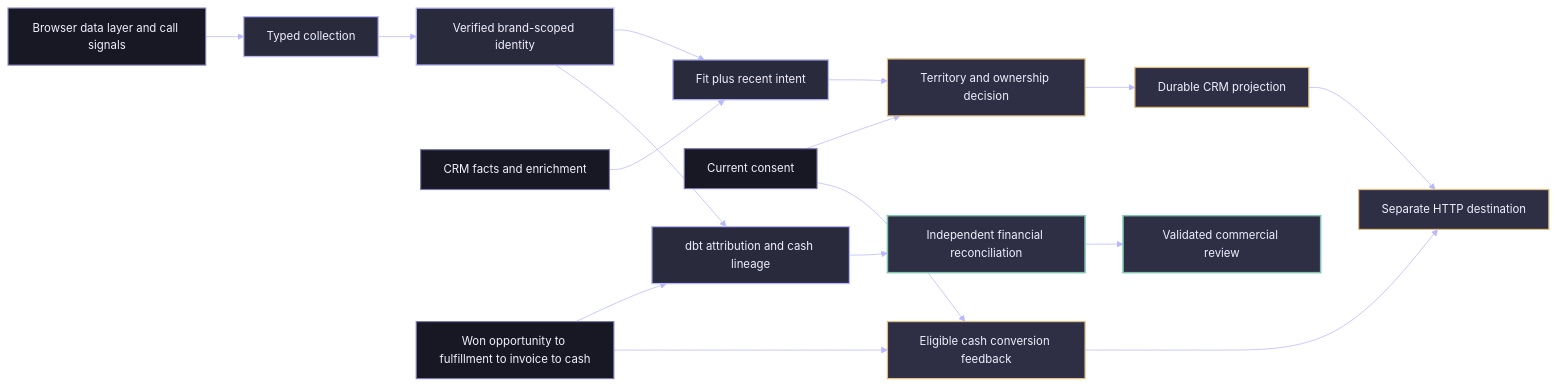
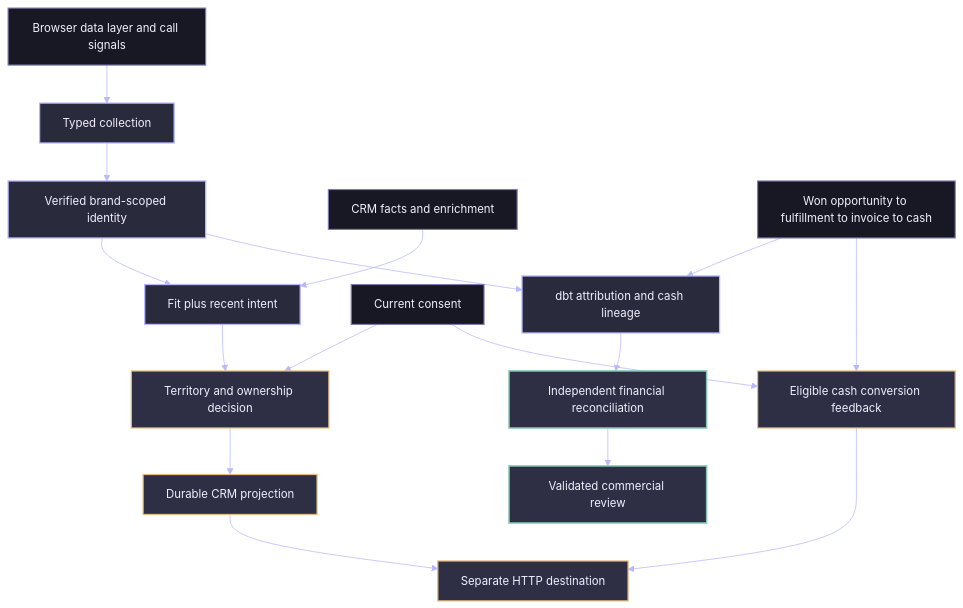
The diagram in README.md (rlbsem/customer-signal-activation), drawn with Mermaid before and after one commit.

Commit message:
Improve customer signal diagram scanability with vertical architecture flow

````diff
--- a/README.md
+++ b/README.md
@@ -23,28 +23,28 @@
 ```mermaid
 %%{init: {"theme":"base","themeVariables":{"background":"#10101D","primaryColor":"#2A2A3D","primaryTextColor":"#F0F0FF","primaryBorderColor":"#7C7CAF","lineColor":"#B8B8FF","textColor":"#F0F0FF","secondaryColor":"#181825","tertiaryColor":"#2E2E45","fontFamily":"IBM Plex Sans, Arial, sans-serif","fontSize":"15px","edgeLabelBackground":"#10101D"}}}%%
-flowchart LR
+flowchart TB
   W[Browser data layer and call signals] --> C[Typed collection]
   C --> I[Verified brand-scoped identity]
   E[CRM facts and enrichment] --> D[Fit plus recent intent]
   I --> D
   D --> R[Territory and ownership decision]
   P[Current consent] --> R
   R --> Q[Durable CRM projection]
   Q --> H[Separate HTTP destination]
   F[Won opportunity to fulfillment to invoice to cash] --> A[dbt attribution and cash lineage]
   I --> A
   A --> V[Independent financial reconciliation]
   F --> O[Eligible cash conversion feedback]
   P --> O
   O --> H
   V --> B[Validated commercial review]
   classDef source fill:#181825,stroke:#7C7CAF,color:#F0F0FF,stroke-width:1.5px
   classDef identity fill:#2A2A3D,stroke:#B8B8FF,color:#F0F0FF,stroke-width:1.7px
   classDef authority fill:#2E2E45,stroke:#E3BC7F,color:#F0F0FF,stroke-width:1.6px
   classDef verified fill:#2E2E45,stroke:#81C5B0,color:#F0F0FF,stroke-width:2px
   class W,E,P,F source
   class C,I,D,A identity
   class R,Q,O,H authority
   class V,B verified
 
 ```
````
